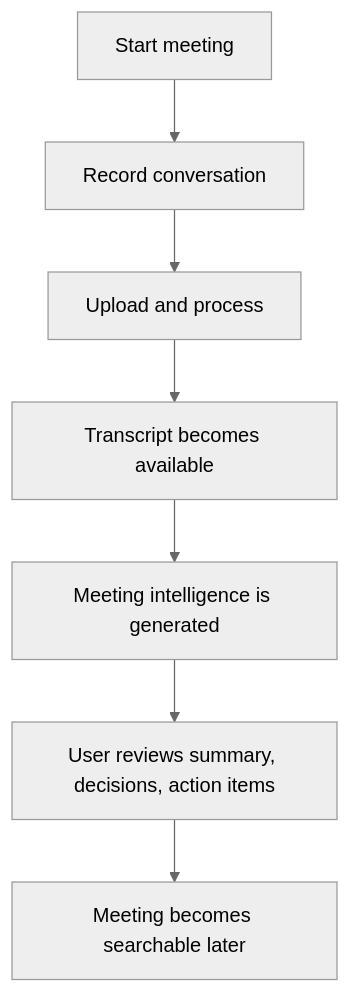
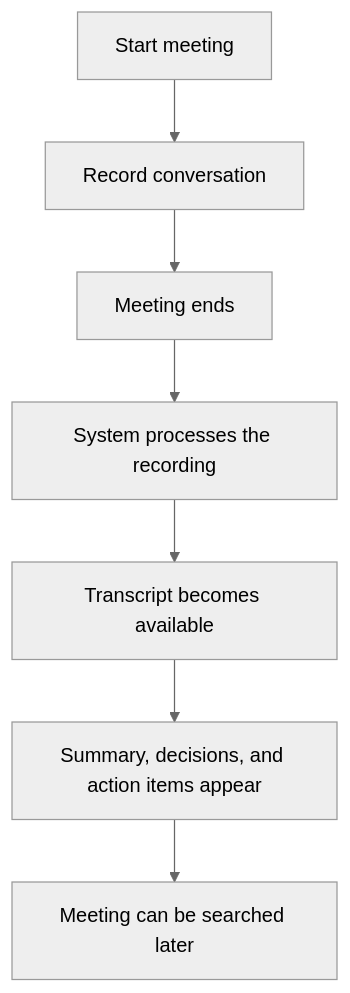
The second of 4 diagrams in frontend/content/projects/sensio-notes.md (farismnrr/portofolio), drawn with Mermaid (neutral theme) before and after one commit. The commit also changed other lines of this file and 6 other files, not shown here.

````diff
--- a/frontend/content/projects/sensio-notes.md
+++ b/frontend/content/projects/sensio-notes.md
@@ -80,9 +68,9 @@
 ```mermaid
 flowchart TD
-    U[Start meeting] --> R[Record conversation]
-    R --> X[Upload and process]
-    X --> T[Transcript becomes available]
-    T --> I[Meeting intelligence is generated]
-    I --> V[User reviews summary, decisions, action items]
-    V --> S[Meeting becomes searchable later]
+    A[Start meeting] --> B[Record conversation]
+    B --> C[Meeting ends]
+    C --> D[System processes the recording]
+    D --> E[Transcript becomes available]
+    E --> F[Summary, decisions, and action items appear]
+    F --> G[Meeting can be searched later]
 ```
````
